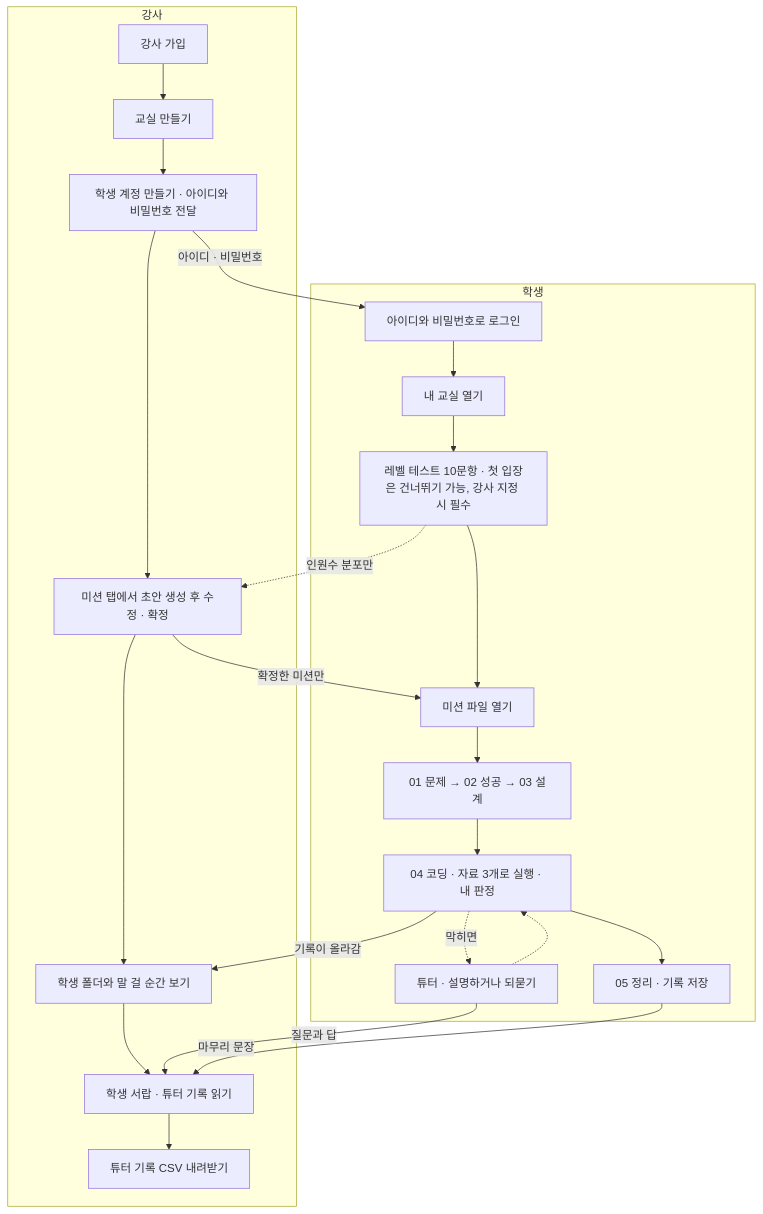
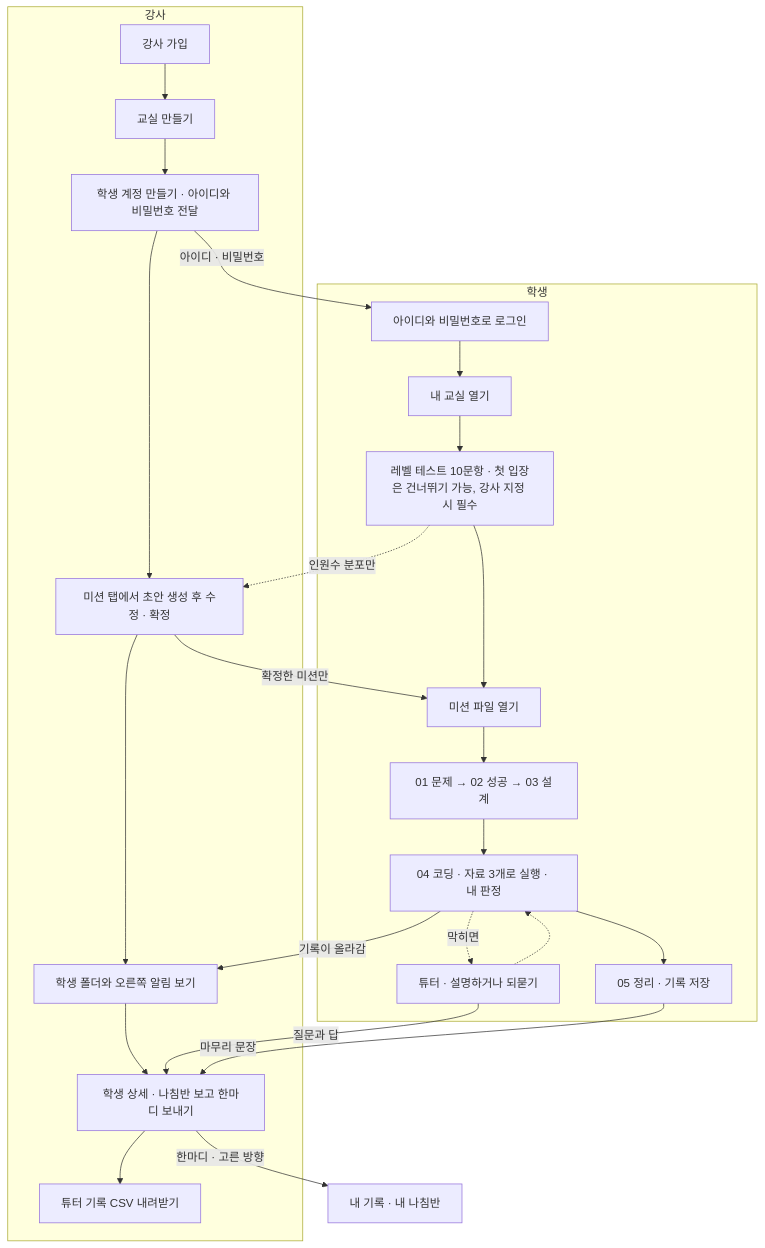
One commit to tomchaccom/Cut-Check changed the diagram in docs/수업-흐름.md. Above: the diagram before and after it, drawn with Mermaid. The commit also changed other lines of this file and 31 other files, not shown here.

````diff
--- a/docs/수업-흐름.md
+++ b/docs/수업-흐름.md
@@ -232,27 +291,28 @@
 ```mermaid
 flowchart TD
   subgraph T[강사]
     T1[강사 가입] --> T2[교실 만들기]
     T2 --> T3[학생 계정 만들기 · 아이디와 비밀번호 전달]
     T3 --> T4[미션 탭에서 초안 생성 후 수정 · 확정]
-    T4 --> T5[학생 폴더와 말 걸 순간 보기]
-    T5 --> T6[학생 서랍 · 튜터 기록 읽기]
+    T4 --> T5[학생 폴더와 오른쪽 알림 보기]
+    T5 --> T6[학생 상세 · 나침반 보고 한마디 보내기]
     T6 --> T7[튜터 기록 CSV 내려받기]
   end
   subgraph S[학생]
     S1[아이디와 비밀번호로 로그인] --> S2[내 교실 열기]
     S2 --> S3[레벨 테스트 10문항 · 첫 입장은 건너뛰기 가능, 강사 지정 시 필수]
     S3 --> S4[미션 파일 열기]
     S4 --> S5[01 문제 → 02 성공 → 03 설계]
     S5 --> S6[04 코딩 · 자료 3개로 실행 · 내 판정]
     S6 --> S7[05 정리 · 기록 저장]
     S6 -. 막히면 .-> TU[튜터 · 설명하거나 되묻기]
     TU -.-> S6
   end
   T3 -- 아이디 · 비밀번호 --> S1
   T4 -- 확정한 미션만 --> S4
   S3 -. 인원수 분포만 .-> T4
   S6 -- 기록이 올라감 --> T5
   TU -- 질문과 답 --> T6
   S7 -- 마무리 문장 --> T6
+  T6 -- 한마디 · 고른 방향 --> S8[내 기록 · 내 나침반]
 ```
````
